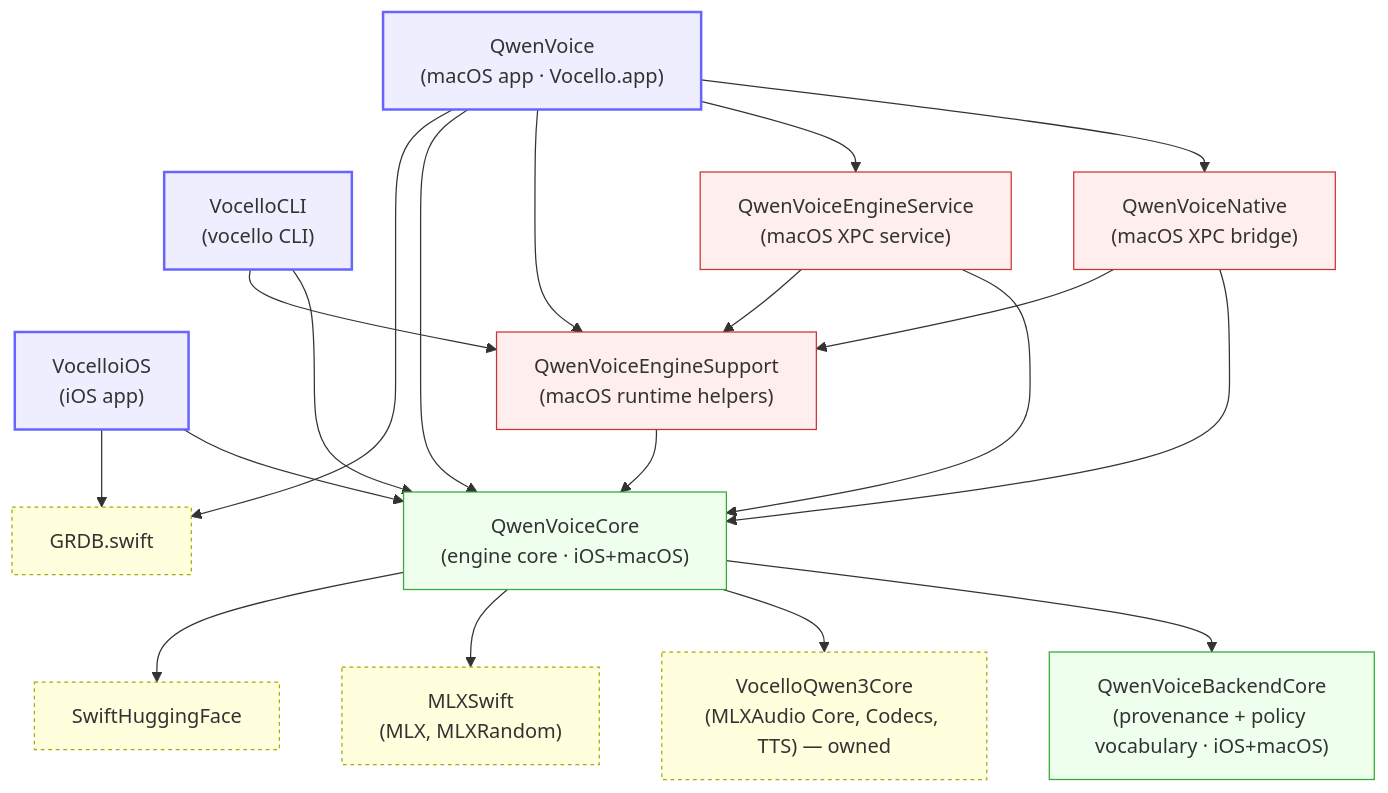
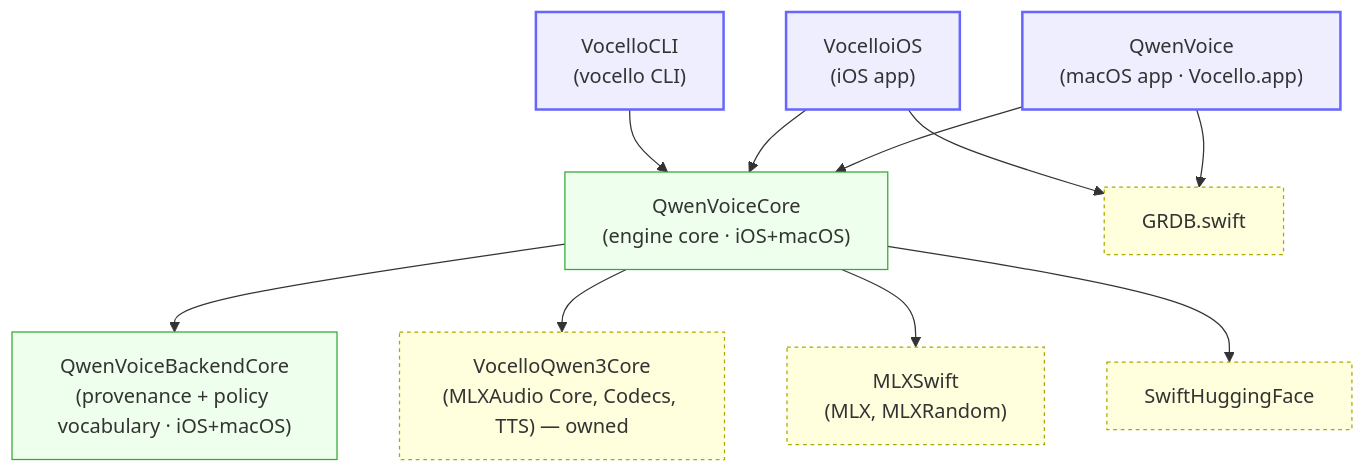
One commit to PowerBeef/Vocello changed the first of 5 diagrams in docs/ARCHITECTURE.md. Above: the diagram before and after it, drawn with Mermaid. The commit also changed other lines of this file and 104 other files, not shown here.

````diff
--- a/docs/ARCHITECTURE.md
+++ b/docs/ARCHITECTURE.md
@@ -62,45 +63,33 @@
 ```mermaid
 graph TD
     classDef app fill:#eef,stroke:#66f,stroke-width:2px;
     classDef fw fill:#efe,stroke:#3a3;
     classDef macfw fill:#fee,stroke:#c33;
     classDef spm fill:#ffd,stroke:#aa0,stroke-dasharray:3 3;
 
     QwenVoice["QwenVoice<br/>(macOS app · Vocello.app)"]:::app
     VocelloiOS["VocelloiOS<br/>(iOS app)"]:::app
     VocelloCLI["VocelloCLI<br/>(vocello CLI)"]:::app
 
-    QwenVoiceNative["QwenVoiceNative<br/>(macOS XPC bridge)"]:::macfw
-    QwenVoiceEngineService["QwenVoiceEngineService<br/>(macOS XPC service)"]:::macfw
-    QwenVoiceEngineSupport["QwenVoiceEngineSupport<br/>(macOS runtime helpers)"]:::macfw
     QwenVoiceCore["QwenVoiceCore<br/>(engine core · iOS+macOS)"]:::fw
     QwenVoiceBackendCore["QwenVoiceBackendCore<br/>(provenance + policy vocabulary · iOS+macOS)"]:::fw
 
     GRDB["GRDB.swift"]:::spm
     MLXAudio["VocelloQwen3Core<br/>(MLXAudio Core, Codecs, TTS) — owned"]:::spm
     MLXSwift["MLXSwift<br/>(MLX, MLXRandom)"]:::spm
     SwiftHuggingFace["SwiftHuggingFace"]:::spm
 
-    QwenVoice --> QwenVoiceNative
-    QwenVoice --> QwenVoiceEngineService
-    QwenVoice --> QwenVoiceEngineSupport
     QwenVoice --> QwenVoiceCore
     QwenVoice --> GRDB
 
     VocelloiOS --> QwenVoiceCore
     VocelloiOS --> GRDB
 
     VocelloCLI --> QwenVoiceCore
-    VocelloCLI --> QwenVoiceEngineSupport
 
-    QwenVoiceNative --> QwenVoiceCore
-    QwenVoiceNative --> QwenVoiceEngineSupport
-    QwenVoiceEngineService --> QwenVoiceCore
-    QwenVoiceEngineService --> QwenVoiceEngineSupport
-    QwenVoiceEngineSupport --> QwenVoiceCore
     QwenVoiceCore --> QwenVoiceBackendCore
 
     QwenVoiceCore --> MLXAudio
     QwenVoiceCore --> MLXSwift
     QwenVoiceCore --> SwiftHuggingFace
 ```
````
